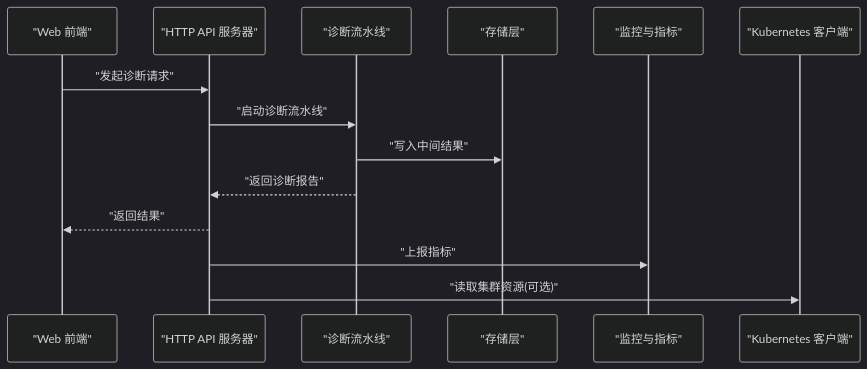
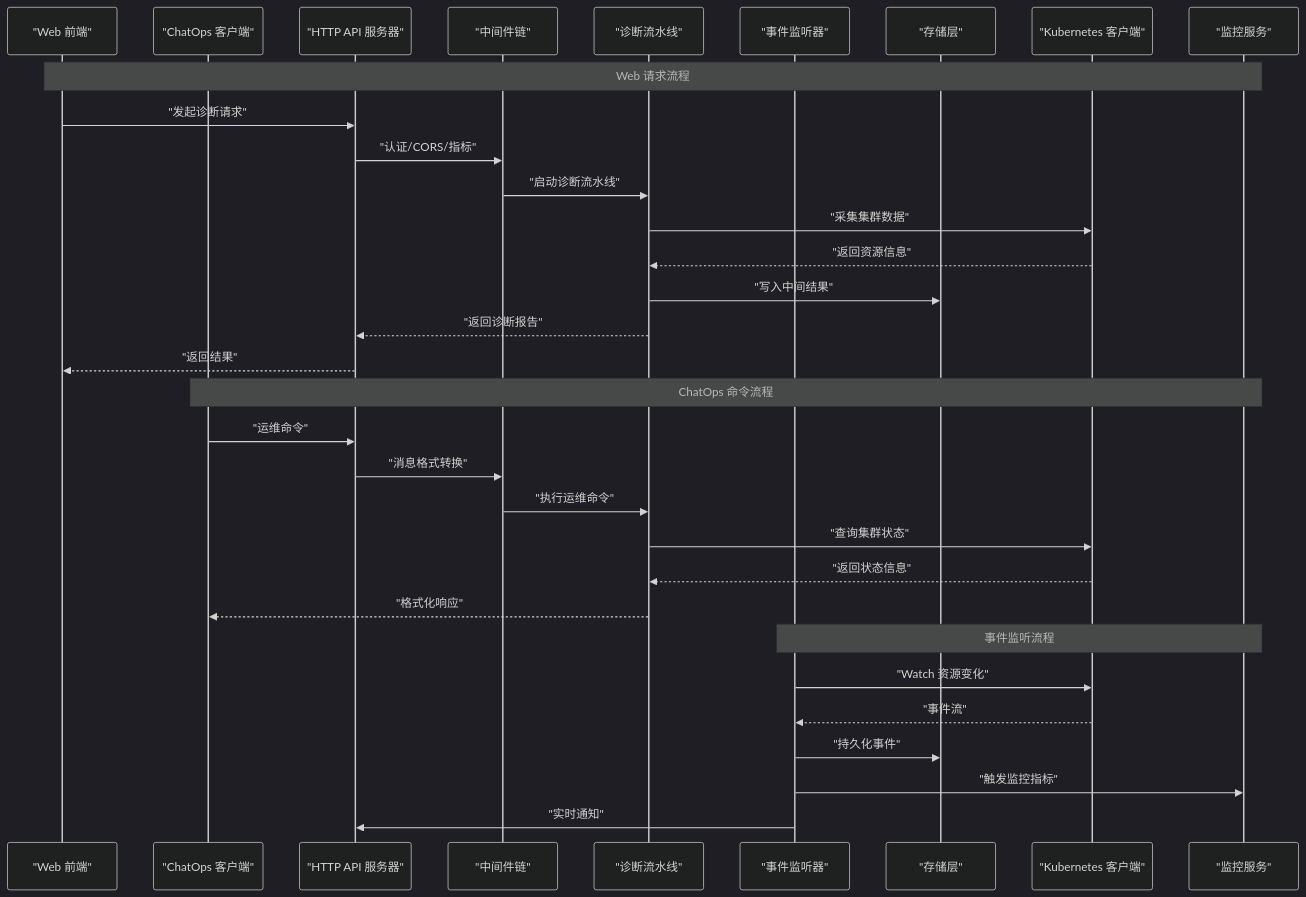
One commit to kudig-io/klaw changed the second of 9 diagrams in .qoder/repowiki/zh/content/系统架构/系统架构.md. Above: the diagram before and after it, drawn with Mermaid (dark theme). The commit also changed other lines of this file and 245 other files, not shown here.

````diff
--- a/.qoder/repowiki/zh/content/系统架构/系统架构.md
+++ b/.qoder/repowiki/zh/content/系统架构/系统架构.md
@@ -145,16 +176,34 @@
 ```mermaid
 sequenceDiagram
 participant UI as "Web 前端"
+participant ChatOps as "ChatOps 客户端"
 participant API as "HTTP API 服务器"
+participant Middleware as "中间件链"
 participant Diag as "诊断流水线"
+participant Events as "事件监听器"
 participant Store as "存储层"
-participant Mon as "监控与指标"
 participant K8s as "Kubernetes 客户端"
+participant Mon as "监控服务"
+Note over UI,Mon : Web 请求流程
 UI->>API : "发起诊断请求"
-API->>Diag : "启动诊断流水线"
+API->>Middleware : "认证/CORS/指标"
+Middleware->>Diag : "启动诊断流水线"
+Diag->>K8s : "采集集群数据"
+K8s-->>Diag : "返回资源信息"
 Diag->>Store : "写入中间结果"
 Diag-->>API : "返回诊断报告"
 API-->>UI : "返回结果"
-API->>Mon : "上报指标"
-API->>K8s : "读取集群资源(可选)"
+Note over ChatOps,Mon : ChatOps 命令流程
+ChatOps->>API : "运维命令"
+API->>Middleware : "消息格式转换"
+Middleware->>Diag : "执行运维命令"
+Diag->>K8s : "查询集群状态"
+K8s-->>Diag : "返回状态信息"
+Diag-->>ChatOps : "格式化响应"
+Note over Events,Mon : 事件监听流程
+Events->>K8s : "Watch 资源变化"
+K8s-->>Events : "事件流"
+Events->>Store : "持久化事件"
+Events->>Mon : "触发监控指标"
+Events->>API : "实时通知"
 ```
````
